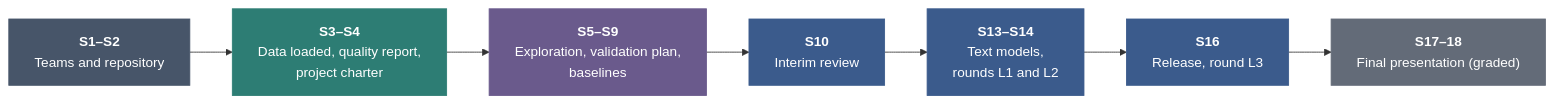
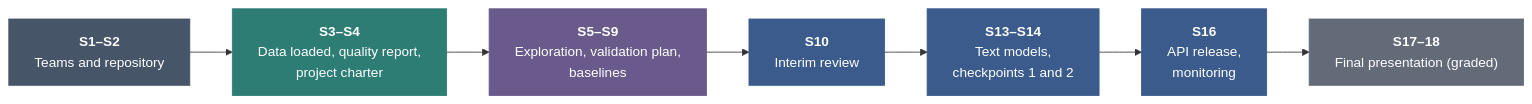
The first of 5 diagrams in proposal/CURRICULUM.md (khoadaniel/statistical-programming-mpmd-htw-ws-2026), drawn with Mermaid before and after one commit. The commit also changed other lines of this file and 143 other files, not shown here.

````diff
--- a/proposal/CURRICULUM.md
+++ b/proposal/CURRICULUM.md
@@ -795,11 +796,11 @@
 ```mermaid
 flowchart LR
   P1["<b>S1–S2</b><br/>Teams and repository"]:::found --> P2["<b>S3–S4</b><br/>Data loaded, quality report,<br/>project charter"]:::data
   P2 --> P3["<b>S5–S9</b><br/>Exploration, validation plan,<br/>baselines"]:::ana --> P4["<b>S10</b><br/>Interim review"]:::ml
-  P4 --> P5["<b>S13–S14</b><br/>Text models,<br/>rounds L1 and L2"]:::ml --> P6["<b>S16</b><br/>Release, round L3"]:::ml --> P7["<b>S17–18</b><br/>Final presentation (graded)"]:::pres
+  P4 --> P5["<b>S13–S14</b><br/>Text models,<br/>checkpoints 1 and 2"]:::ml --> P6["<b>S16</b><br/>API release,<br/>monitoring"]:::ml --> P7["<b>S17–18</b><br/>Final presentation (graded)"]:::pres
   classDef found fill:#475569,stroke:#475569,color:#ffffff
   classDef data fill:#2d7d74,stroke:#2d7d74,color:#ffffff
   classDef ana fill:#6a5a8c,stroke:#6a5a8c,color:#ffffff
   classDef ml fill:#3b5b8c,stroke:#3b5b8c,color:#ffffff
   classDef pres fill:#636b78,stroke:#636b78,color:#ffffff
 ```
````
